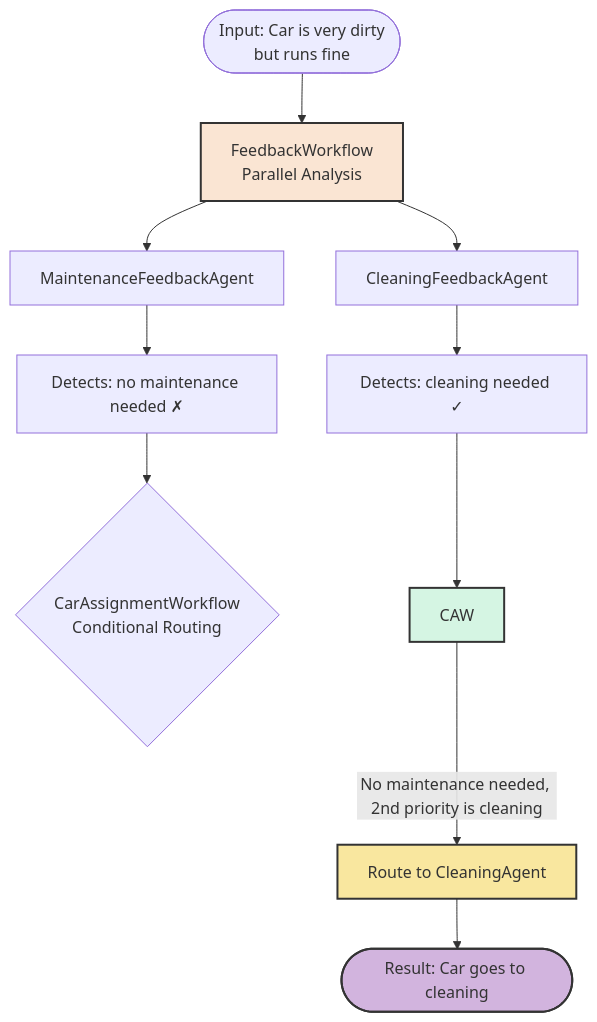
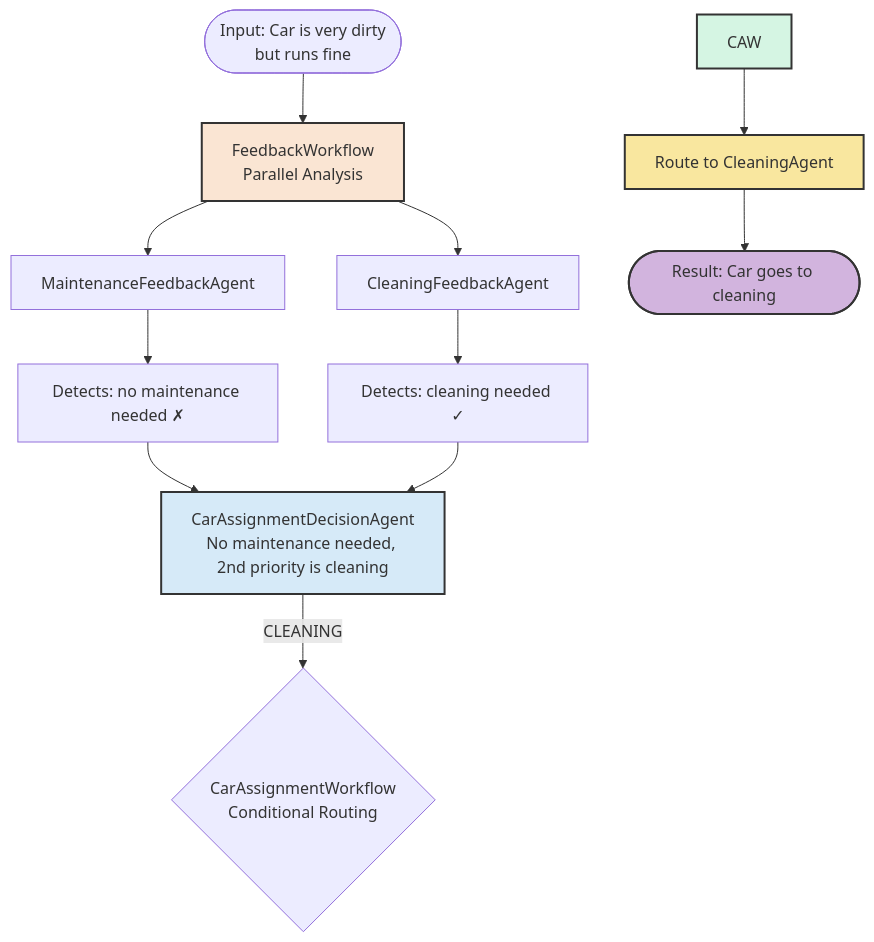
Before and after one commit to quarkusio/quarkus-workshop-langchain4j: the fifth of 6 diagrams in docs/content/section-2/step-03.md, drawn with Mermaid. The commit also changed other lines of this file and 73 other files, not shown here.

````diff
--- a/docs/content/section-2/step-03.md
+++ b/docs/content/section-2/step-03.md
@@ -280,23 +313,26 @@
 ```mermaid
 flowchart TD
     Start([Input: Car is very dirty<br/>but runs fine])
     
     Start --> FW[FeedbackWorkflow<br/>Parallel Analysis]
     
     FW --> MFA[MaintenanceFeedbackAgent]
     FW --> CFA[CleaningFeedbackAgent]
     
     MFA --> MR[Detects: no maintenance needed ✗]
     CFA --> CR[Detects: cleaning needed ✓]
     
-    MR --> CAW\{CarAssignmentWorkflow<br/>Conditional Routing}
-    CR --> CAW
+    MR --> DA[CarAssignmentDecisionAgent<br/>No maintenance needed, 2nd priority is cleaning]
+    CR --> DA
     
-    CAW -->|No maintenance needed, 2nd priority is cleaning| CA[Route to CleaningAgent]
+    DA -->|CLEANING| CAW\{CarAssignmentWorkflow<br/>Conditional Routing}
+    
+    CAW --> CA[Route to CleaningAgent]
     CA --> Result([Result: Car goes to cleaning])
     
     style FW fill:#FAE5D3,stroke:#333,stroke-width:2,color:#333
+    style DA fill:#D6EAF8,stroke:#333,stroke-width:2,color:#333
     style CAW fill:#D5F5E3,stroke:#333,stroke-width:2,color:#333
     style CA fill:#F9E79F,stroke:#333,stroke-width:2,color:#333
     style Result fill:#D2B4DE,stroke:#333,stroke-width:2,color:#333
 ```
````
